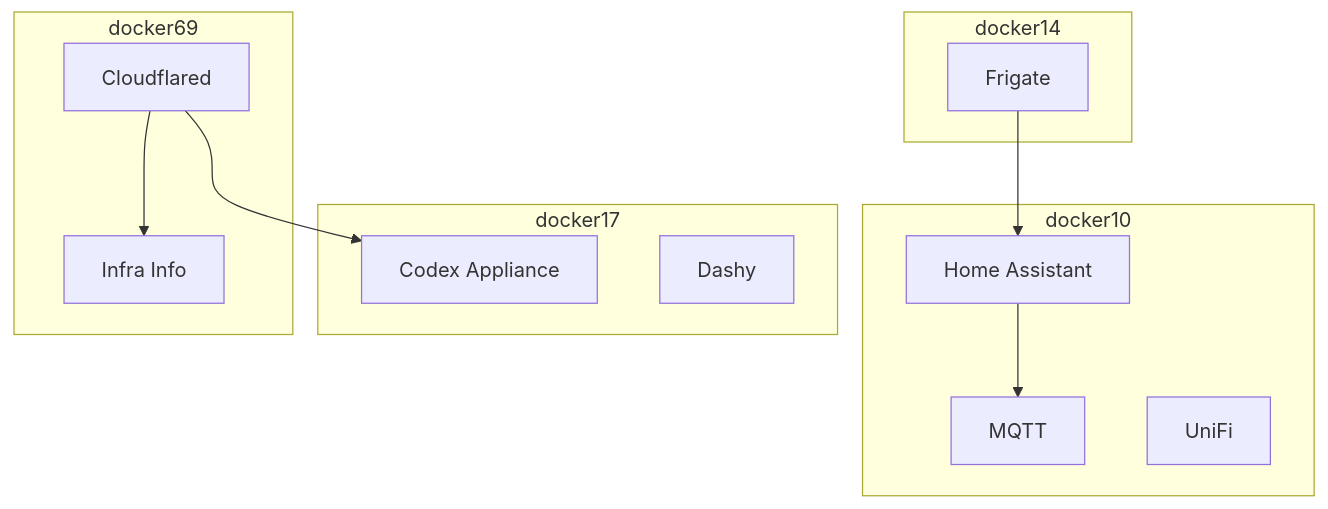
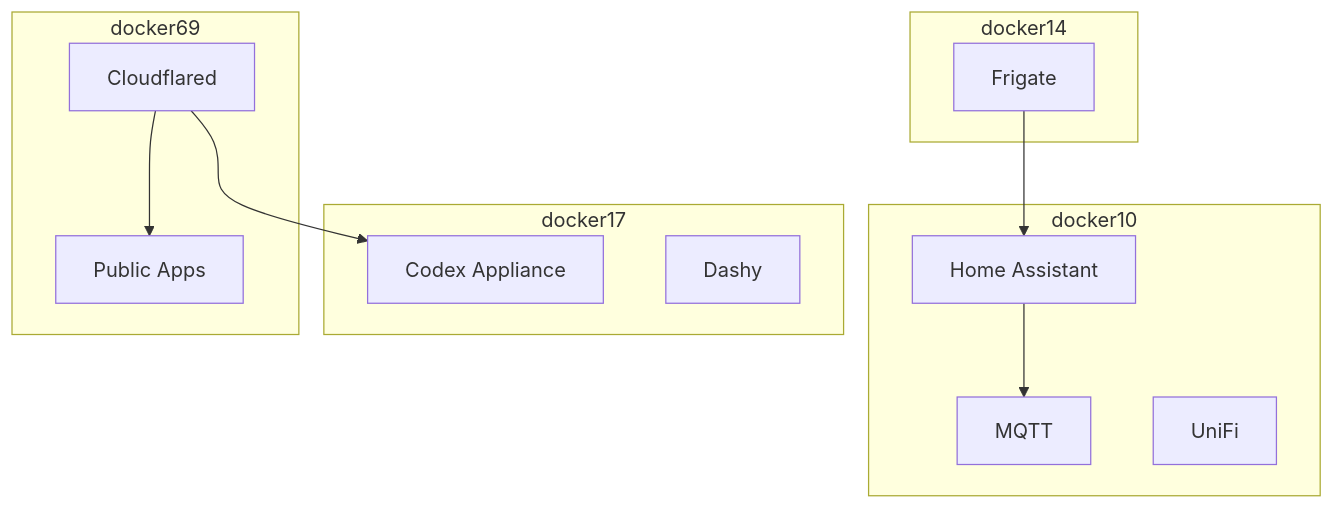
One commit to CCOSTAN/Home-AssistantConfig changed the second of 3 diagrams in codex_skills/network-architecture-diagrammer/references/excalidraw_mermaid_rules.md. Above: the diagram before and after it, drawn with Mermaid. The commit also changed 14 other files, not shown here.

````diff
--- a/codex_skills/network-architecture-diagrammer/references/excalidraw_mermaid_rules.md
+++ b/codex_skills/network-architecture-diagrammer/references/excalidraw_mermaid_rules.md
@@ -37,24 +37,24 @@
 ```mermaid
 flowchart TD
     subgraph docker10[docker10]
         HA[Home Assistant]
         MQTT[MQTT]
         UniFi[UniFi]
     end
     subgraph docker14[docker14]
         Frigate[Frigate]
     end
     subgraph docker17[docker17]
         Appliance[Codex Appliance]
         Dashy[Dashy]
     end
     subgraph docker69[docker69]
         Tunnel[Cloudflared]
-        Info[Infra Info]
+        PublicApps[Public Apps]
     end
 
     Tunnel --> Appliance
-    Tunnel --> Info
+    Tunnel --> PublicApps
     HA --> MQTT
     Frigate --> HA
 ```
````
